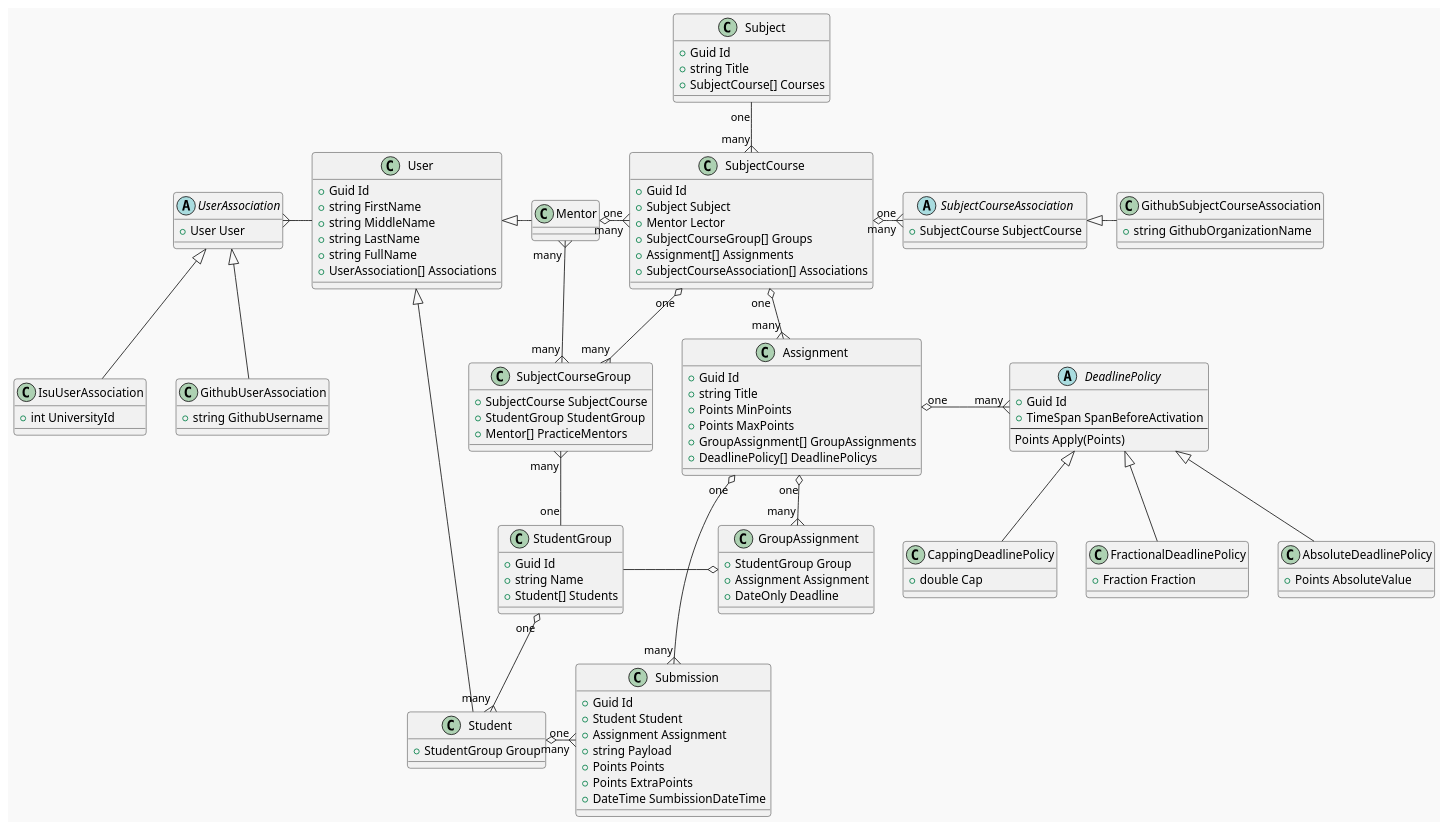
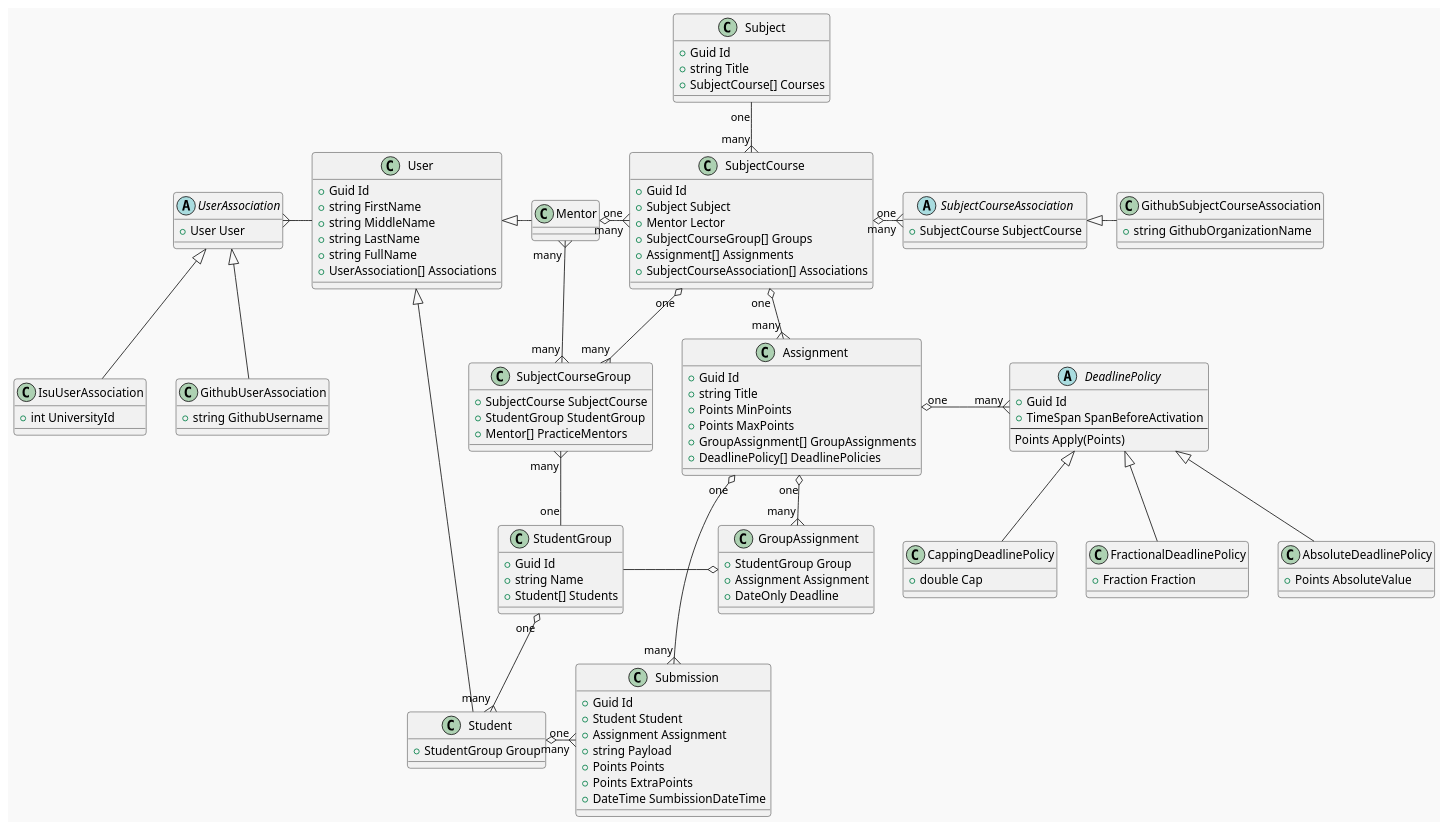
The diagram in Docs/TechDocs/domain-entities.puml (kysect/Shreks), drawn with PlantUML before and after one commit. The commit also changed 1 other file, not shown here.

```diff
--- a/Docs/TechDocs/domain-entities.puml
+++ b/Docs/TechDocs/domain-entities.puml
@@ -1,160 +1,160 @@
 @startuml
 !theme mars
 
 class User
 {
     + Guid Id
     + string FirstName
     + string MiddleName
     + string LastName
     + string FullName
     + UserAssociation[] Associations
 }
 
 User <|- Student
 class Student
 {
     + StudentGroup Group
 }
 
 User <|- Mentor
 class Mentor 
 {
 
 }
 
 class StudentGroup
 {
     + Guid Id
     + string Name
     + Student[] Students
 }
 
 class Assignment
 {
     + Guid Id
     + string Title
     + Points MinPoints
     + Points MaxPoints
     + GroupAssignment[] GroupAssignments
-    + DeadlinePolicy[] DeadlinePolicys
+    + DeadlinePolicy[] DeadlinePolicies
 }
 
 class Submission
 {
     + Guid Id
     + Student Student
     + Assignment Assignment
     + string Payload
     + Points Points
     + Points ExtraPoints
     + DateTime SumbissionDateTime
 }
 
 class GroupAssignment
 {
     + StudentGroup Group
     + Assignment Assignment
     + DateOnly Deadline
 }
 
 class SubjectCourse
 {
     + Guid Id
     + Subject Subject
     + Mentor Lector
     + SubjectCourseGroup[] Groups
     + Assignment[] Assignments
     + SubjectCourseAssociation[] Associations
 }
 
 class SubjectCourseGroup
 {
     + SubjectCourse SubjectCourse
     + StudentGroup StudentGroup
     + Mentor[] PracticeMentors
 }
 
 class Subject 
 {
     + Guid Id
     + string Title
     + SubjectCourse[] Courses
 }
 
 abstract class DeadlinePolicy
 {
     + Guid Id
     + TimeSpan SpanBeforeActivation
     --
     Points Apply(Points)
 }
 
 DeadlinePolicy <|-- AbsoluteDeadlinePolicy
 class AbsoluteDeadlinePolicy
 {
     + Points AbsoluteValue
 }
 
 DeadlinePolicy <|-- CappingDeadlinePolicy
 class CappingDeadlinePolicy
 {
     + double Cap
 }
 
 DeadlinePolicy <|-- FractionalDeadlinePolicy
 class FractionalDeadlinePolicy
 {
     + Fraction Fraction
 }
 
 abstract class UserAssociation
 {
     + User User
 }
 
 UserAssociation <|-- IsuUserAssociation
 class IsuUserAssociation
 {
     + int UniversityId
 }
 
 UserAssociation <|-- GithubUserAssociation
 class GithubUserAssociation
 {
     + string GithubUsername
 }
 
 abstract class SubjectCourseAssociation
 {
     + SubjectCourse SubjectCourse
 }
 
 SubjectCourseAssociation <|-right- GithubSubjectCourseAssociation
 class GithubSubjectCourseAssociation
 {
     + string GithubOrganizationName
 }
 
 User -left-{ UserAssociation
 
 StudentGroup "one" o--{ "many" Student
 
 Assignment "one" o-right-{ "many" DeadlinePolicy 
 Assignment "one" o--{ "many" GroupAssignment
 
 GroupAssignment o-left- StudentGroup
 
 Submission "many" }--left--o "one" Student
 Submission "many" }-up-o "one" Assignment
 
 SubjectCourse "one" o--{ "many" SubjectCourseGroup
 SubjectCourse "many" }-up- "one" Subject
 SubjectCourse "one" o--{ "many" Assignment
 SubjectCourse "one" o--right--{ "many" SubjectCourseAssociation
 SubjectCourse "many" }--left--o "one" Mentor
 
 SubjectCourseGroup "many" }-- "one" StudentGroup
 SubjectCourseGroup "many" }--right--{ "many" Mentor
 
 @enduml
```
